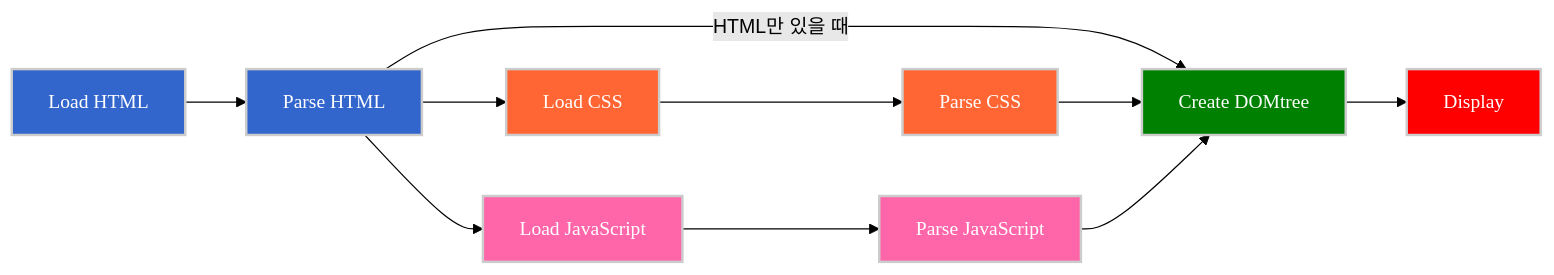
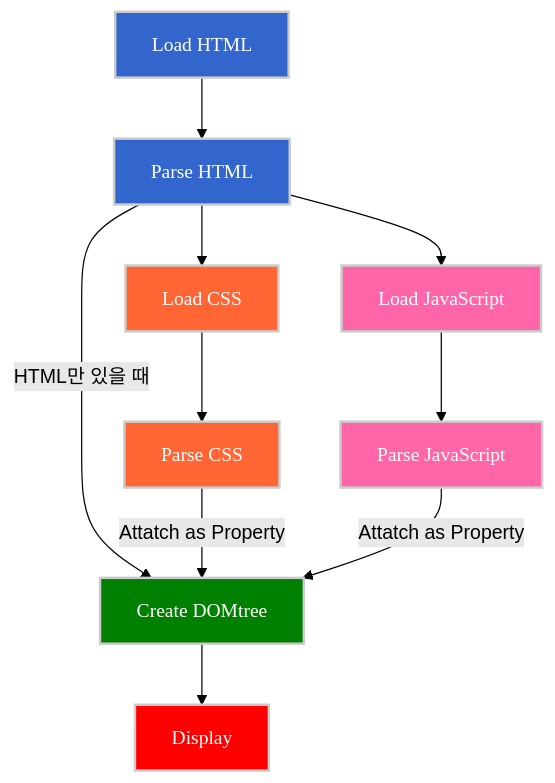
Before and after one commit to xmlnsBuzz/sia: the diagram in components/mermaid/DomTreeGeneratingProcess.md, drawn with Mermaid (forest theme). The commit also changed 31 other files, not shown here.

````diff
--- a/components/mermaid/DomTreeGeneratingProcess.md
+++ b/components/mermaid/DomTreeGeneratingProcess.md
@@ -3,25 +3,25 @@
 ```mermaid
-graph LR
+graph TB
         HTML[Load HTML]-->Parse[Parse HTML];
         Parse--HTML만 있을 때-->domTree[Create DOMtree];
         Parse-->CSS[Load CSS];
         CSS-->PCSS[Parse CSS];
-        PCSS-->domTree;
+        PCSS--Attatch as Property-->domTree;
         domTree-->Display;
         Parse-->JS[Load JavaScript];
         JS-->PJS[Parse JavaScript];
-        PJS-->domTree;
+        PJS--Attatch as Property-->domTree;
 
      classDef blue fill:#36c,stroke:#ccc,stroke-width:2px,color:white,font-family:verdana;
      classDef orange fill:#f63,stroke:#ccc,stroke-width:2px,color:white,font-family:verdana;
      classDef green fill:green,stroke:#ccc,stroke-width:2px,color:white,font-family:verdana;
      classDef red fill:#f00,stroke:#ccc,stroke-width:2px,color:white,font-family:verdana;
      classDef common fill:#f6a,stroke:#ccc,stroke-width:2px,color:white,font-family:verdana;
 
      class HTML,Parse blue;
      class CSS,PCSS orange;
      class domTree green;
      class Display red;
      class JS,PJS common; 
 
 ```
````
